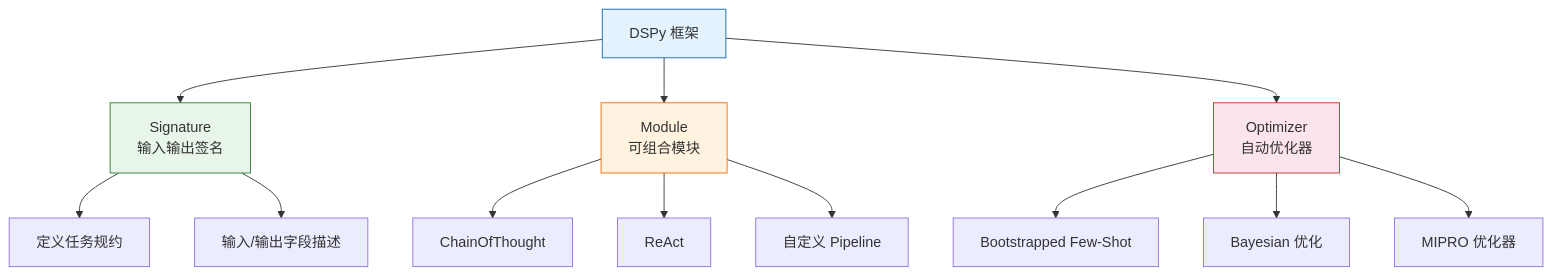
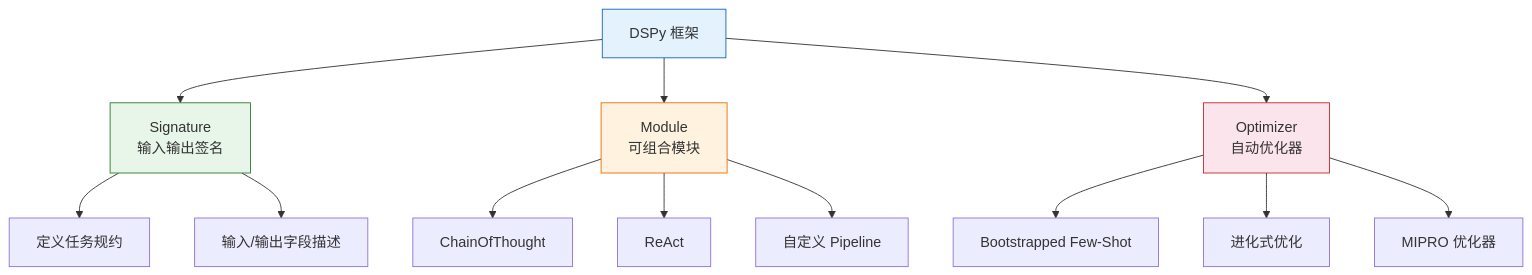
The first of 2 diagrams in src/AI实践/07_AI工程师专栏/02_Prompt工程深度实践/05_Prompt自动优化.md (moklgydocs/moklgydocs.github.io), drawn with Mermaid before and after one commit. The commit also changed other lines of this file and 5 other files, not shown here.

````diff
--- a/src/AI实践/07_AI工程师专栏/02_Prompt工程深度实践/05_Prompt自动优化.md
+++ b/src/AI实践/07_AI工程师专栏/02_Prompt工程深度实践/05_Prompt自动优化.md
@@ -33,22 +33,22 @@
 ```mermaid
 graph TD
     A[DSPy 框架] --> B[Signature\n输入输出签名]
     A --> C[Module\n可组合模块]
     A --> D[Optimizer\n自动优化器]
 
     B --> B1[定义任务规约]
     B --> B2[输入/输出字段描述]
 
     C --> C1[ChainOfThought]
     C --> C2[ReAct]
     C --> C3[自定义 Pipeline]
 
     D --> D1[Bootstrapped Few-Shot]
-    D --> D2[Bayesian 优化]
+    D --> D2[进化式优化]
     D --> D3[MIPRO 优化器]
 
     style A fill:#e3f2fd,stroke:#1565c0
     style B fill:#e8f5e9,stroke:#2e7d32
     style C fill:#fff3e0,stroke:#ef6c00
     style D fill:#fce4ec,stroke:#c62828
 ```
````
